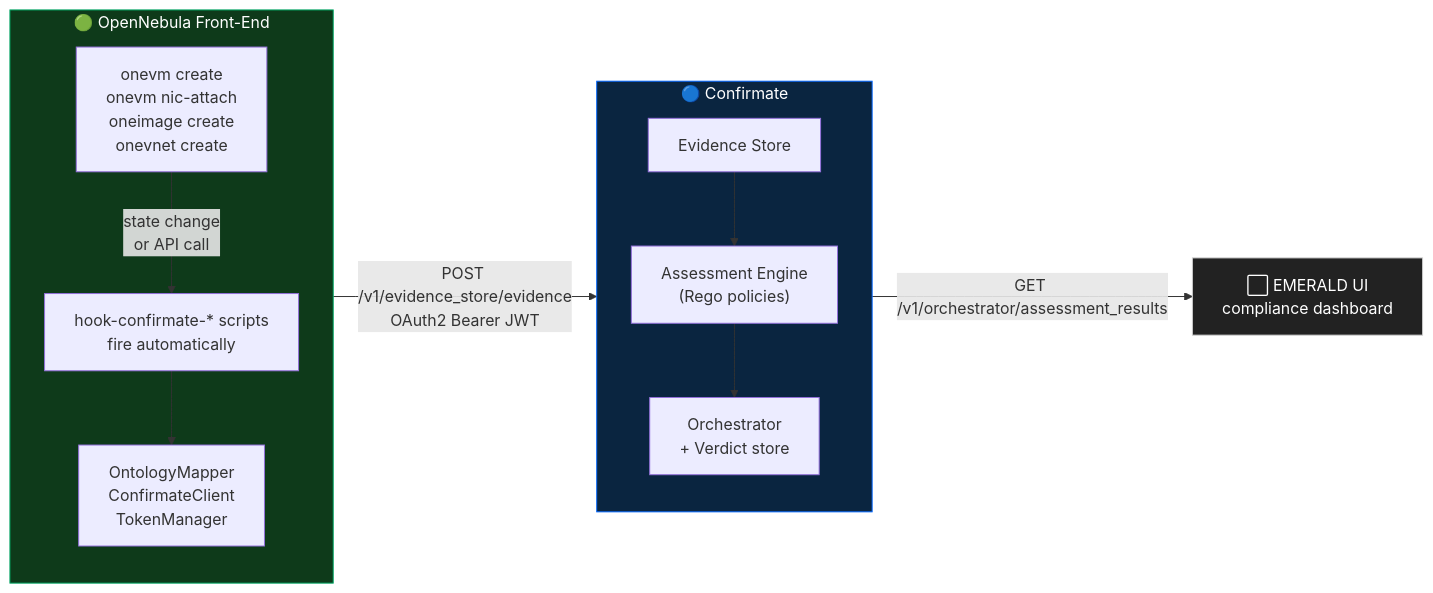
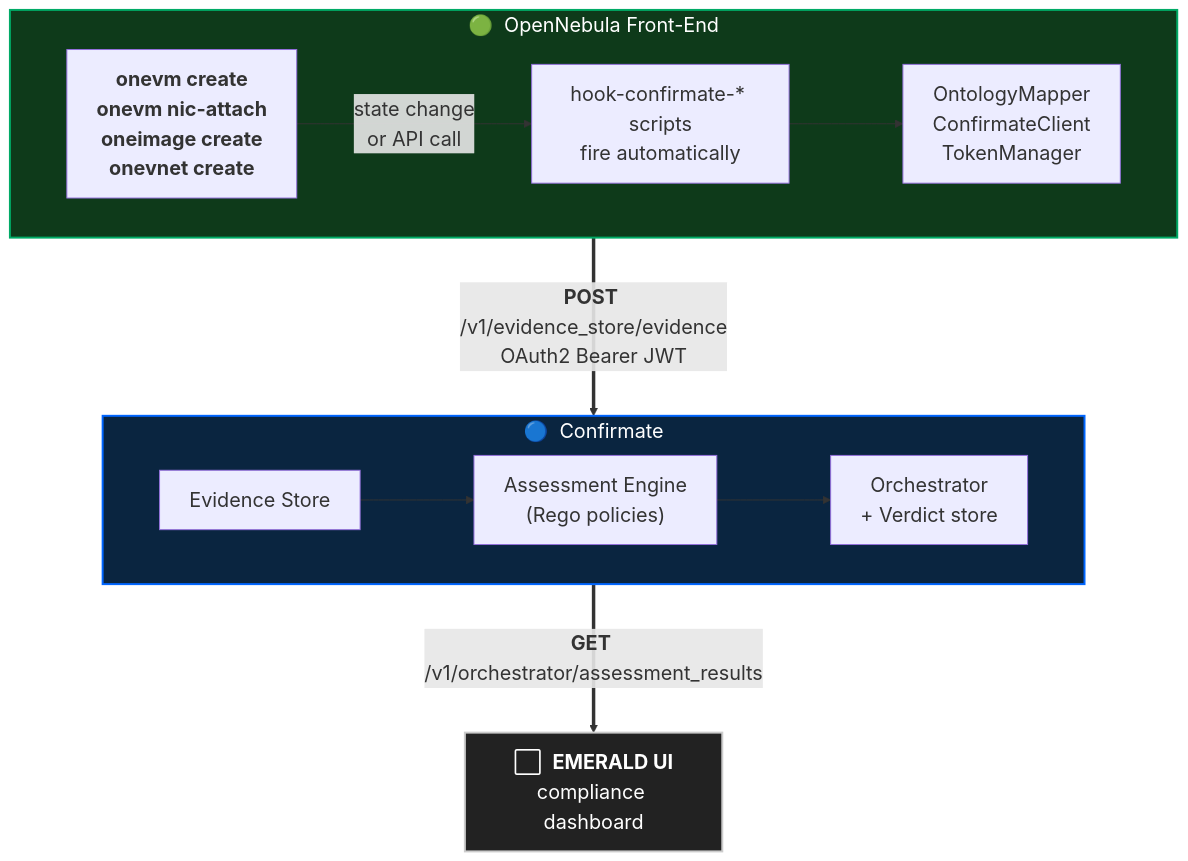
Before and after one commit to pablodelarco/addon-confirmate-evidence: the diagram in README.md, drawn with Mermaid.

Commit message:
Make the architecture diagram bigger and more readable
Three changes to the Mermaid block so it renders larger on GitHub
without needing to zoom in:

  - Top-level layout: LR -> TB. Each subgraph (OpenNebula, Confirmate)
    now gets the full page width instead of fighting for horizontal
    space; the cross-stage HTTP arrows (POST evidence, GET verdicts)
    flow top-to-bottom between them.
  - Inner subgraph direction stays LR so components within a stage
    still read left-to-right.
  - Init directive bumps fontSize to 20px (default ~14px) and adds
    nodeSpacing/rankSpacing for breathing room.

Also: bold the action verbs (onevm create, POST, GET, EMERALD UI),
use thicker arrows (==>) for the cross-stage HTTP edges to distinguish
them visually from the internal data flow, and convert the inline
`style` declarations to `classDef` (Mermaid best practice).

````diff
--- a/README.md
+++ b/README.md
@@ -24,28 +24,33 @@
 ```mermaid
-flowchart LR
-    subgraph ONE["🟢 OpenNebula Front-End"]
-        direction TB
-        ACT["onevm create<br/>onevm nic-attach<br/>oneimage create<br/>onevnet create"]
+%%{init: {"flowchart": {"nodeSpacing": 60, "rankSpacing": 90, "curve": "basis"}, "themeVariables": {"fontSize": "20px"}}}%%
+flowchart TB
+    subgraph ONE["🟢 &nbsp;OpenNebula Front-End"]
+        direction LR
+        ACT["<b>onevm create</b><br/><b>onevm nic-attach</b><br/><b>oneimage create</b><br/><b>onevnet create</b>"]
         HOOK["hook-confirmate-* scripts<br/>fire automatically"]
         LIB["OntologyMapper<br/>ConfirmateClient<br/>TokenManager"]
         ACT -->|"state change<br/>or API call"| HOOK
         HOOK --> LIB
     end
 
-    subgraph CF["🔵 Confirmate"]
-        direction TB
+    subgraph CF["🔵 &nbsp;Confirmate"]
+        direction LR
         EV["Evidence Store"]
         AS["Assessment Engine<br/>(Rego policies)"]
         OR["Orchestrator<br/>+ Verdict store"]
         EV --> AS --> OR
     end
 
-    UI["⬜ EMERALD UI<br/>compliance dashboard"]
+    UI["⬜ &nbsp;<b>EMERALD UI</b><br/>compliance dashboard"]
 
-    LIB -->|"POST /v1/evidence_store/evidence<br/>OAuth2 Bearer JWT"| EV
-    OR -->|"GET /v1/orchestrator/assessment_results"| UI
+    LIB ==>|"<b>POST</b> /v1/evidence_store/evidence<br/>OAuth2 Bearer JWT"| EV
+    OR ==>|"<b>GET</b> /v1/orchestrator/assessment_results"| UI
 
-    style ONE fill:#0e3a1a,stroke:#0a6,color:#fff
-    style CF fill:#0a2540,stroke:#06f,color:#fff
-    style UI fill:#222,stroke:#ccc,color:#fff
+    classDef oneStyle fill:#0e3a1a,stroke:#0a6,stroke-width:2px,color:#fff
+    classDef cfStyle  fill:#0a2540,stroke:#06f,stroke-width:2px,color:#fff
+    classDef uiStyle  fill:#222,stroke:#ccc,stroke-width:2px,color:#fff
+
+    class ONE oneStyle
+    class CF cfStyle
+    class UI uiStyle
 ```
````
